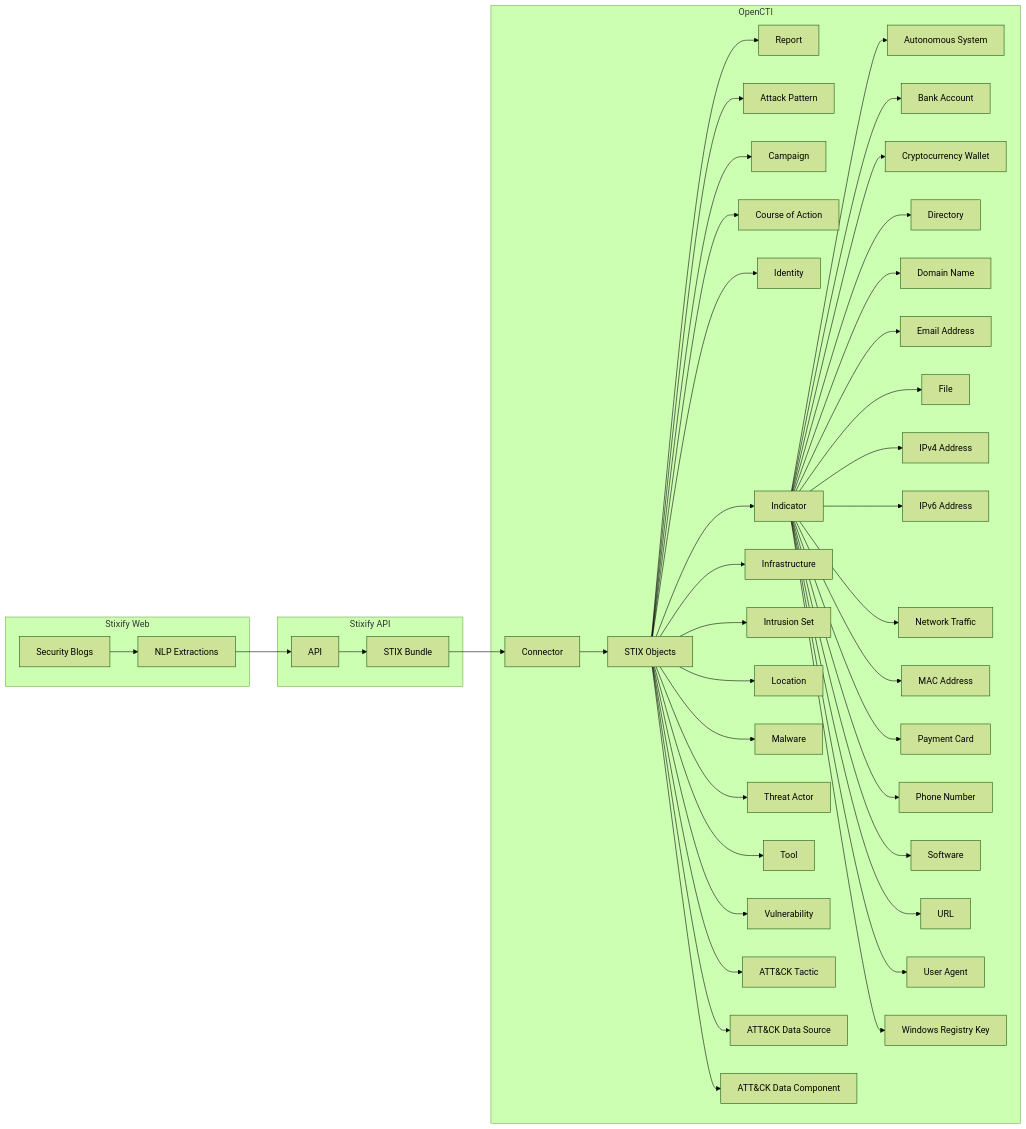
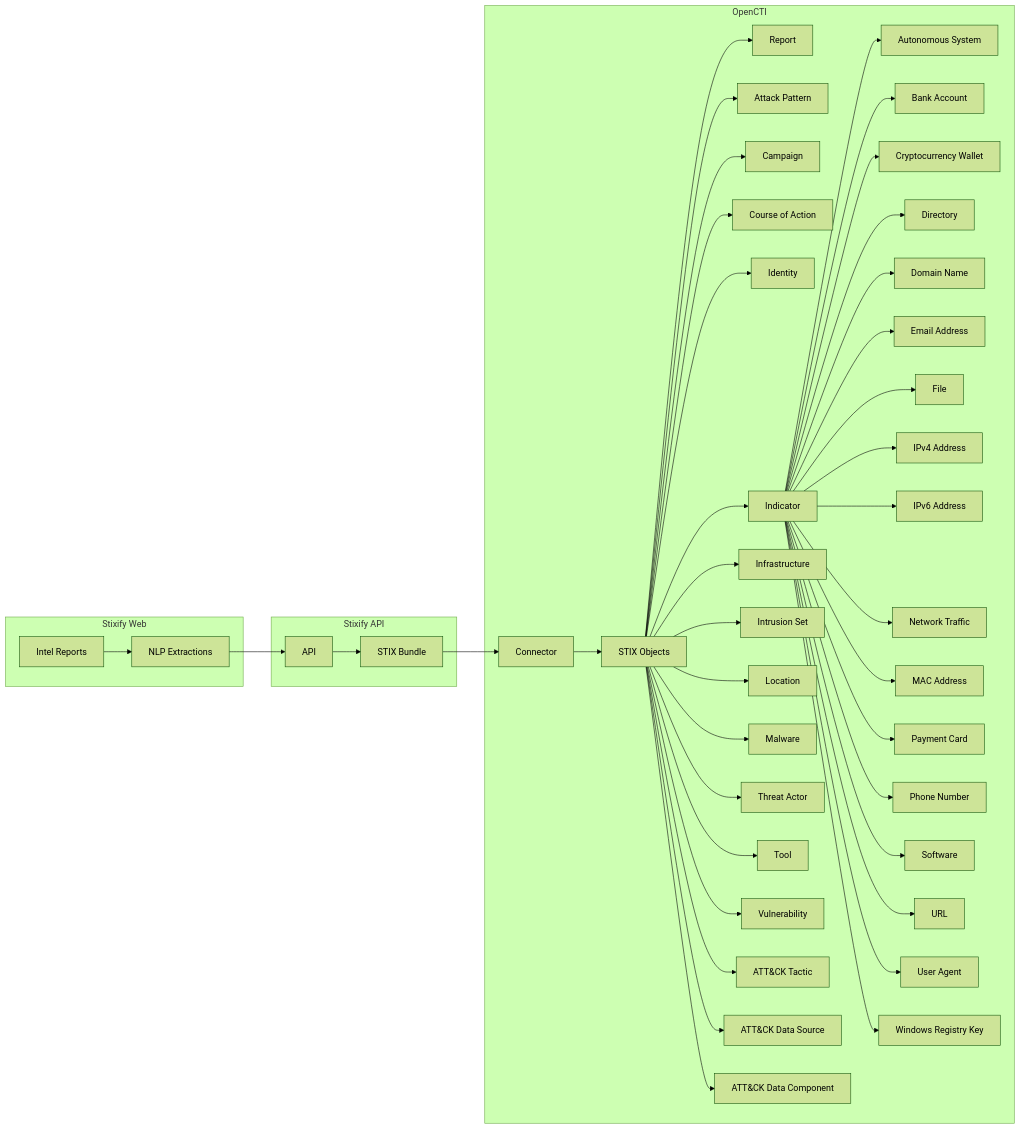
The diagram in external-import/dogesec-stixify/README.md (OpenCTI-Platform/connectors), drawn with Mermaid (forest theme) before and after one commit. The commit also changed other lines of this file and 5 other files, not shown here.

````diff
--- a/external-import/dogesec-stixify/README.md
+++ b/external-import/dogesec-stixify/README.md
@@ -136,63 +136,63 @@
 ```mermaid
 graph LR
     %% Box 1: Stixify Web
     subgraph Stixify_Web["Stixify Web"]
-        Blogs[Security Blogs]
+        Reports[Intel Reports]
         NLP[NLP Extractions]
-        Blogs --> NLP
+        Reports --> NLP
     end
 
     %% Box 2: Stixify API
     subgraph Stixify_API["Stixify API"]
         API[API]
         Bundle[STIX Bundle]
         API --> Bundle
     end
     
     %% Box 3: OpenCTI
     subgraph OpenCTI["OpenCTI"]
         Connector[Connector]
         STIX[STIX Objects]
 
         Connector --> STIX
         STIX --> report[Report]
         STIX --> attack-pattern[Attack Pattern]
         STIX --> campaign[Campaign]
         STIX --> course-of-action[Course of Action]
         STIX --> identity[Identity]
         STIX --> indicator[Indicator]
         STIX --> infrastructure[Infrastructure]
         STIX --> intrusion-set[Intrusion Set]
         STIX --> location[Location]
         STIX --> malware[Malware]
         STIX --> threat-actor[Threat Actor]
         STIX --> tool[Tool]
         STIX --> vulnerability[Vulnerability]
         STIX --> x-mitre-tactic[ATT&CK Tactic]
         STIX --> x-mitre-data-source[ATT&CK Data Source]
         STIX --> x-mitre-data-component[ATT&CK Data Component]
 
         indicator --> autonomous-system[Autonomous System]
         indicator --> bank-account[Bank Account]
         indicator --> cryptocurrency-wallet[Cryptocurrency Wallet]
         indicator --> directory[Directory]
         indicator --> domain-name[Domain Name]
         indicator --> email-addr[Email Address]
         indicator --> file[File]
         indicator --> ipv4-addr[IPv4 Address]
         indicator --> ipv6-addr[IPv6 Address]
         indicator --> network-traffic[Network Traffic]
         indicator --> mac-addr[MAC Address]
         indicator --> payment-card[Payment Card]
         indicator --> phone-number[Phone Number]
         indicator --> software[Software]
         indicator --> url[URL]
         indicator --> user-agent[User Agent]
         indicator --> windows-registry-key[Windows Registry Key]
     end
 
     %% Cross-section flow
     NLP --> API
     Bundle --> Connector
 
 ```
````
